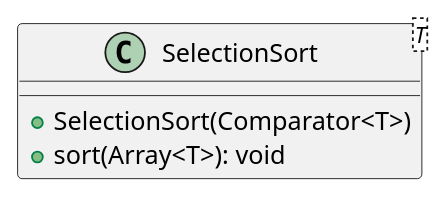
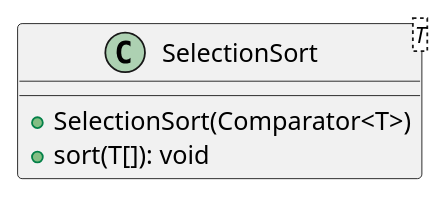
Before and after one commit to P-Kalin/kit26a: the diagram in malokhvii-eduard/malokhvii05/doc/plantuml/ua/khpi/oop/malokhvii05/common/algorithms/sort/SelectionSort.puml, drawn with PlantUML. The commit also changed 85 other files, not shown here.

Commit message:
#3 malokhvii05: update graphs

```diff
--- a/malokhvii-eduard/malokhvii05/doc/plantuml/ua/khpi/oop/malokhvii05/common/algorithms/sort/SelectionSort.puml
+++ b/malokhvii-eduard/malokhvii05/doc/plantuml/ua/khpi/oop/malokhvii05/common/algorithms/sort/SelectionSort.puml
@@ -1,8 +1,8 @@
 @startuml
 
     class SelectionSort<T> {
         +SelectionSort(Comparator<T>)
-        +sort(Array<T>): void
+        +sort(T[]): void
     }
 
 @enduml
```
